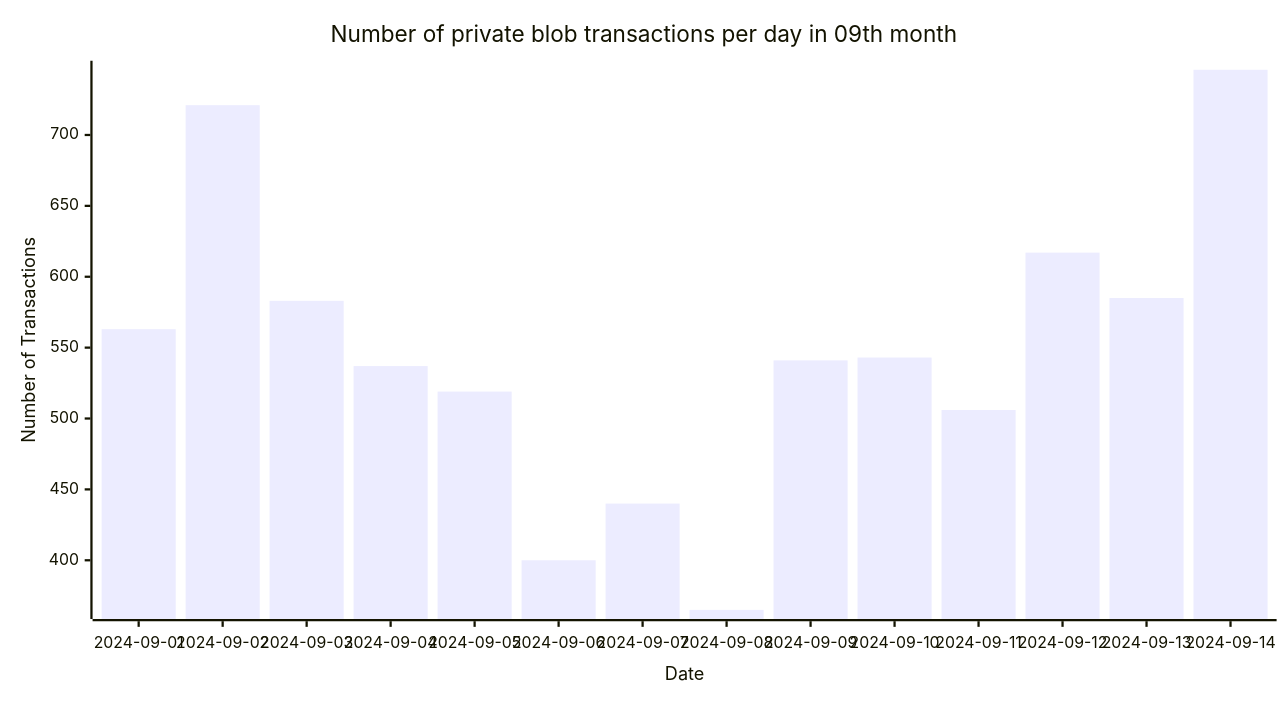
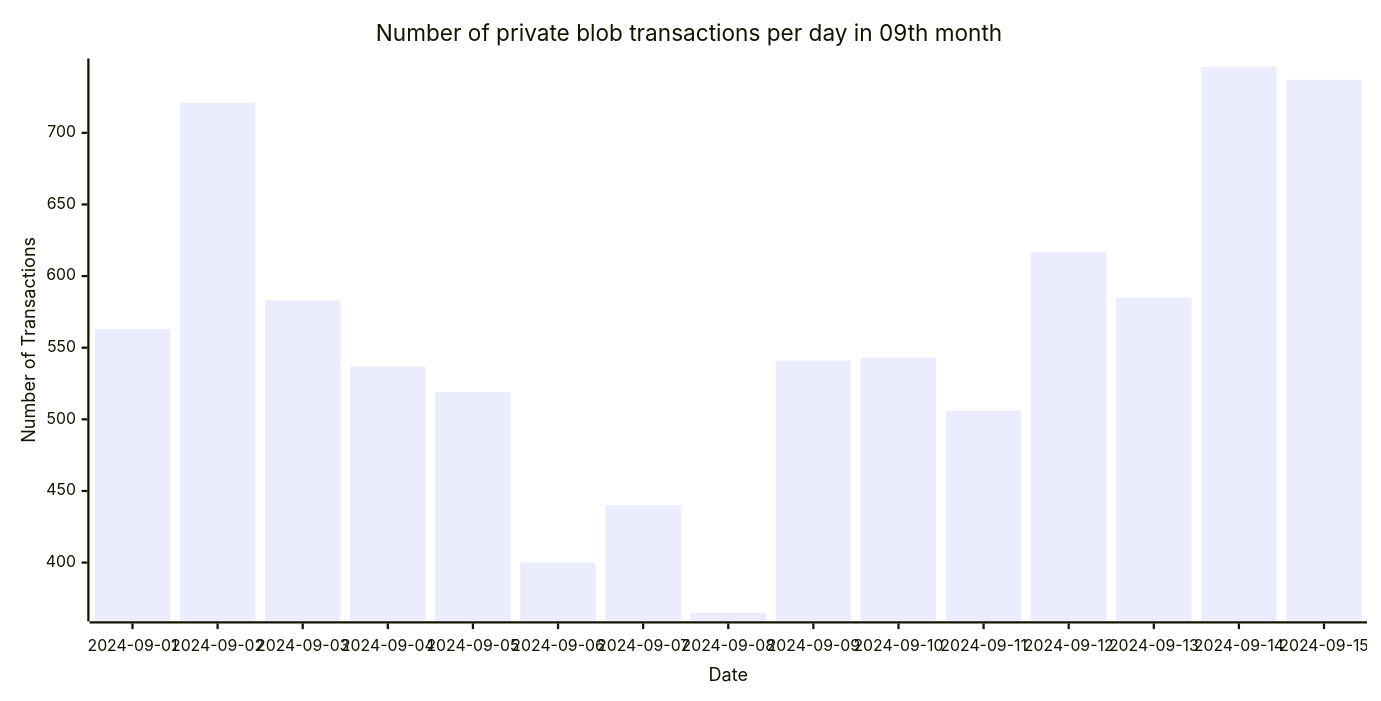
One commit to Amit0617/eip4844-data changed the seventh of 7 diagrams in README.md. Above: the diagram before and after it, drawn with Mermaid. The commit also changed 1 other file, not shown here.

````diff
--- a/README.md
+++ b/README.md
@@ -79,12 +79,12 @@
 ```mermaid
 ---
 config:
     xyChart:
-        width: 1120
+        width: 1200
         height: 600
 ---
 xychart-beta title "Number of private blob transactions per day in 09th month"
-x-axis "Date" [2024-09-01,2024-09-02,2024-09-03,2024-09-04,2024-09-05,2024-09-06,2024-09-07,2024-09-08,2024-09-09,2024-09-10,2024-09-11,2024-09-12,2024-09-13,2024-09-14]
+x-axis "Date" [2024-09-01,2024-09-02,2024-09-03,2024-09-04,2024-09-05,2024-09-06,2024-09-07,2024-09-08,2024-09-09,2024-09-10,2024-09-11,2024-09-12,2024-09-13,2024-09-14,2024-09-15]
 y-axis "Number of Transactions"
-bar[563,721,583,537,519,400,440,365,541,543,506,617,585,746]
+bar[563,721,583,537,519,400,440,365,541,543,506,617,585,746,737]
 ```
````
